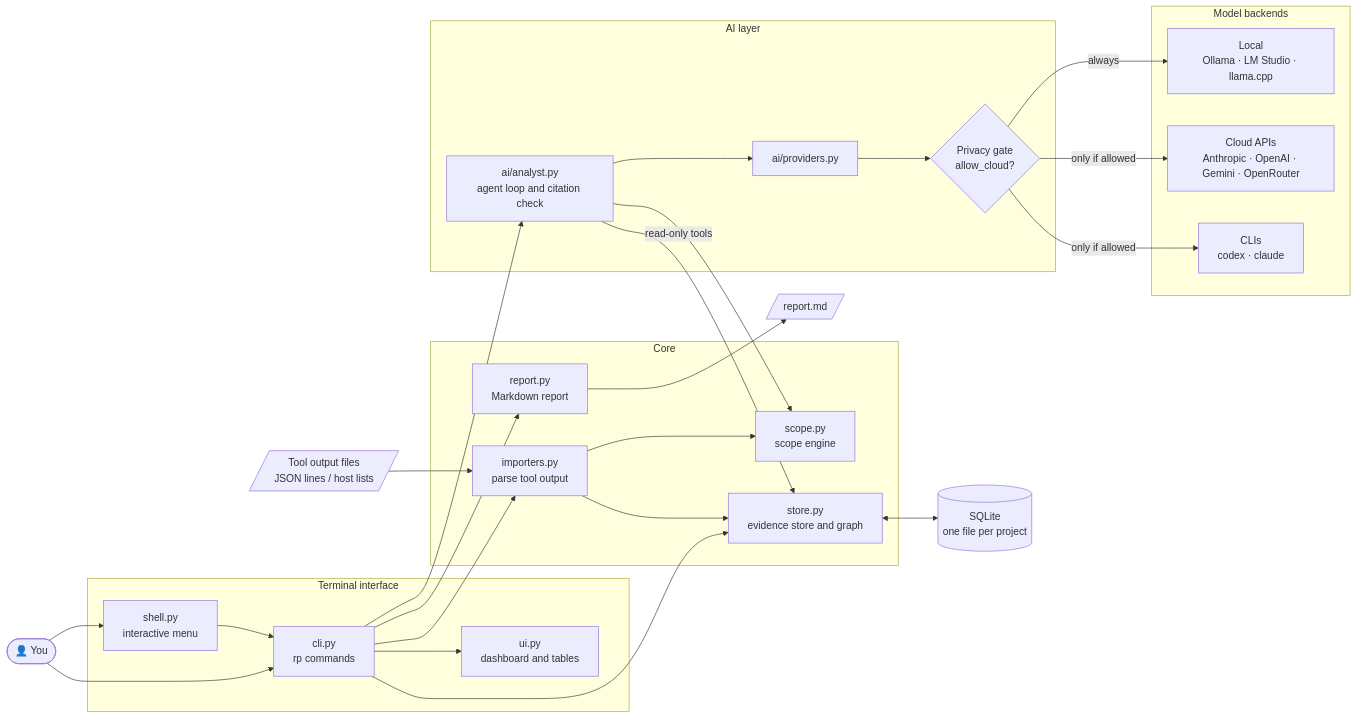
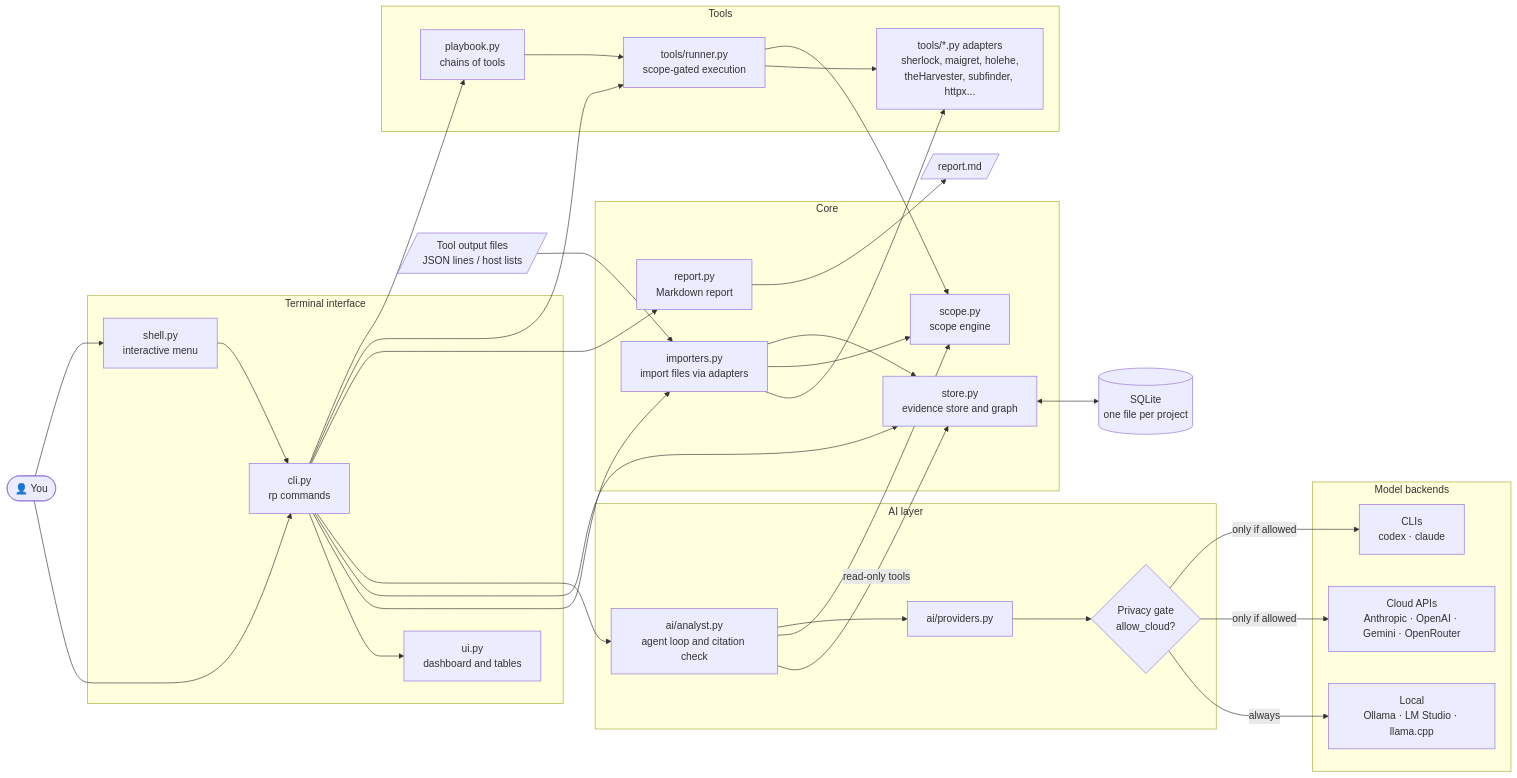
The first of 4 diagrams in README.md (Abdelkoddous0/reconpilot), drawn with Mermaid before and after one commit. The commit also changed other lines of this file and 33 other files, not shown here.

````diff
--- a/README.md
+++ b/README.md
@@ -47,49 +52,59 @@
 ```mermaid
 flowchart LR
     user(["👤 You"])
 
     subgraph ui["Terminal interface"]
         cli["cli.py<br/>rp commands"]
         menu["shell.py<br/>interactive menu"]
         view["ui.py<br/>dashboard and tables"]
     end
 
+    subgraph tools["Tools"]
+        runner["tools/runner.py<br/>scope-gated execution"]
+        adapters["tools/*.py adapters<br/>sherlock, maigret, holehe,<br/>theHarvester, subfinder, httpx..."]
+        pb["playbook.py<br/>chains of tools"]
+    end
+
     subgraph core["Core"]
-        imp["importers.py<br/>parse tool output"]
+        imp["importers.py<br/>import files via adapters"]
         scope["scope.py<br/>scope engine"]
         store["store.py<br/>evidence store and graph"]
         report["report.py<br/>Markdown report"]
     end
 
     subgraph ai["AI layer"]
         analyst["ai/analyst.py<br/>agent loop and citation check"]
         gate{"Privacy gate<br/>allow_cloud?"}
         prov["ai/providers.py"]
     end
 
     subgraph models["Model backends"]
         local["Local<br/>Ollama · LM Studio · llama.cpp"]
         cloud["Cloud APIs<br/>Anthropic · OpenAI · Gemini · OpenRouter"]
         clis["CLIs<br/>codex · claude"]
     end
 
     db[("SQLite<br/>one file per project")]
     files[/"Tool output files<br/>JSON lines / host lists"/]
     md[/"report.md"/]
 
     user --> cli & menu
     menu --> cli
     cli --> view
-    cli --> imp & store & analyst & report
+    cli --> imp & store & analyst & report & runner & pb
+    pb --> runner
+    runner --> adapters
+    runner --> scope
+    imp --> adapters
     files --> imp
     imp --> scope
     imp --> store
     store <--> db
     analyst -- "read-only tools" --> store
     analyst --> scope
     analyst --> prov
     prov --> gate
     gate -- "always" --> local
     gate -- "only if allowed" --> cloud & clis
     report --> md
 ```
````
